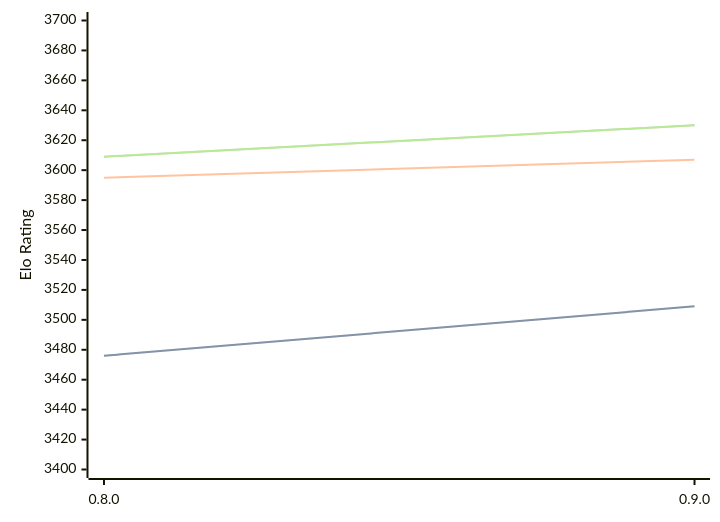
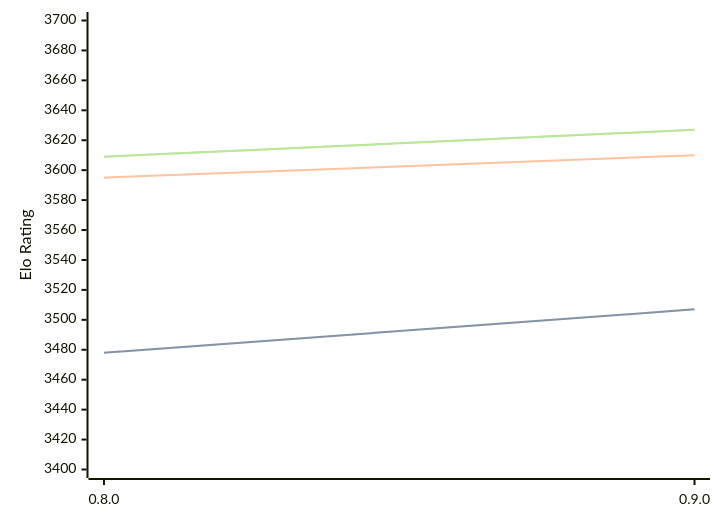
The diagram in engines/Reckless.md (computer-chess-index/cci), drawn with Mermaid before and after one commit. The commit also changed other lines of this file, not shown here.

Commit message:
Update CCI Ratings (ELO VLTC) - 2026-03-14

````diff
--- a/engines/Reckless.md
+++ b/engines/Reckless.md
@@ -37,11 +37,11 @@
 ```mermaid
 %%{init: {"theme":"base","themeVariables":{"seriesColors:['#a3a3a3','#222221','#faa371']}}}%%
 xychart-beta
   x-axis ["0.8.0", "0.9.0"]
   y-axis "Elo Rating" 3400 --> 3700
-  line "STC (8.0+0.08s)" [3476, 3509]
-  line "STC (8.0+0.08s)" [3476, 3509]
-  line "LTC (60.0+0.60s)" [3595, 3607]
-  line "VLTC (2m24s+1.12s)" [3609, 3630]
-  line "VLTC (2m24s+1.12s)" [3609, 3630]
+  line "STC (8.0+0.08s)" [3478, 3507]
+  line "STC (8.0+0.08s)" [3478, 3507]
+  line "LTC (60.0+0.60s)" [3595, 3610]
+  line "VLTC (2m24s+1.12s)" [3609, 3627]
+  line "VLTC (2m24s+1.12s)" [3609, 3627]
 ```
````
